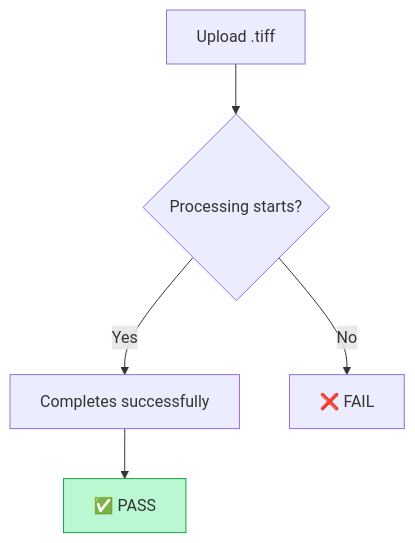
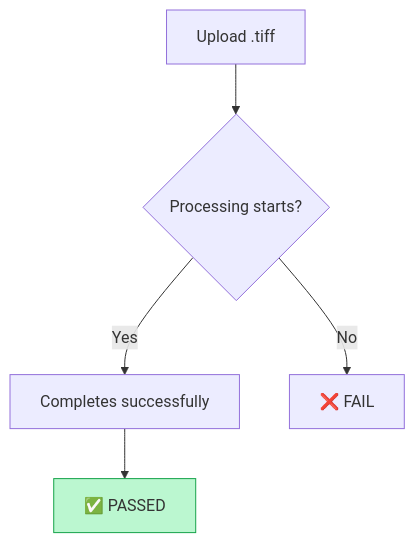
Before and after one commit to GeoWGS84-Testing/Mrsid-Extension: diagram 12 of 38 in README.md, drawn with Mermaid. The commit also changed other lines of this file, not shown here.

````diff
--- a/README.md
+++ b/README.md
@@ -415,9 +446,8 @@
 ```mermaid
 flowchart TD
   A[Upload .tiff] --> B{Processing starts?}
   B -->|Yes| C[Completes successfully]
-  C --> P[✅ PASS]
+  C --> P[✅ PASSED]
   B -->|No| X[❌ FAIL]
-
   style P fill:#bbf7d0,stroke:#16a34a
 ```
````
